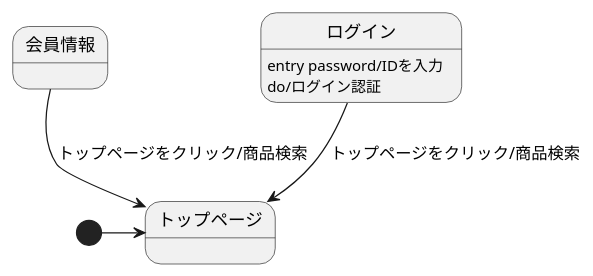
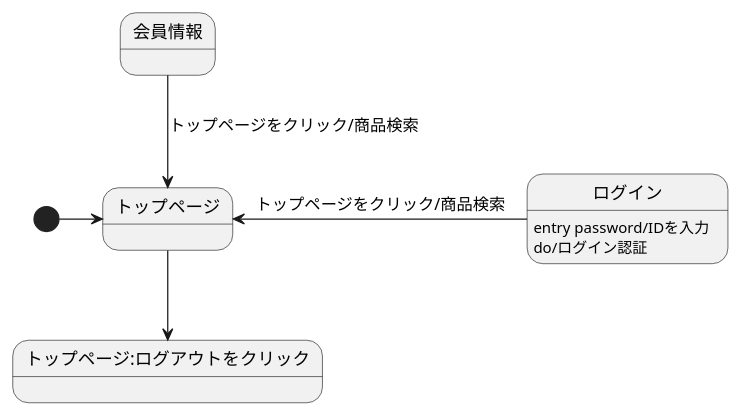
One commit to Aso2001388/2021sys-design changed the diagram in stm01.md. Above: the diagram before and after it, drawn with PlantUML.

````diff
--- a/stm01.md
+++ b/stm01.md
@@ -1,10 +1,10 @@
 ```uml
 @startuml
 [*]->トップページ
 会員情報-->トップページ:トップページをクリック/商品検索
-ログイン-->トップページ:トップページをクリック/商品検索
+ログイン-left->トップページ:トップページをクリック/商品検索
 ログイン: entry password/IDを入力
 ログイン:do/ログイン認証
-
+トップページ-->トップページ:ログアウトをクリック
 @enduml
 ```
````
